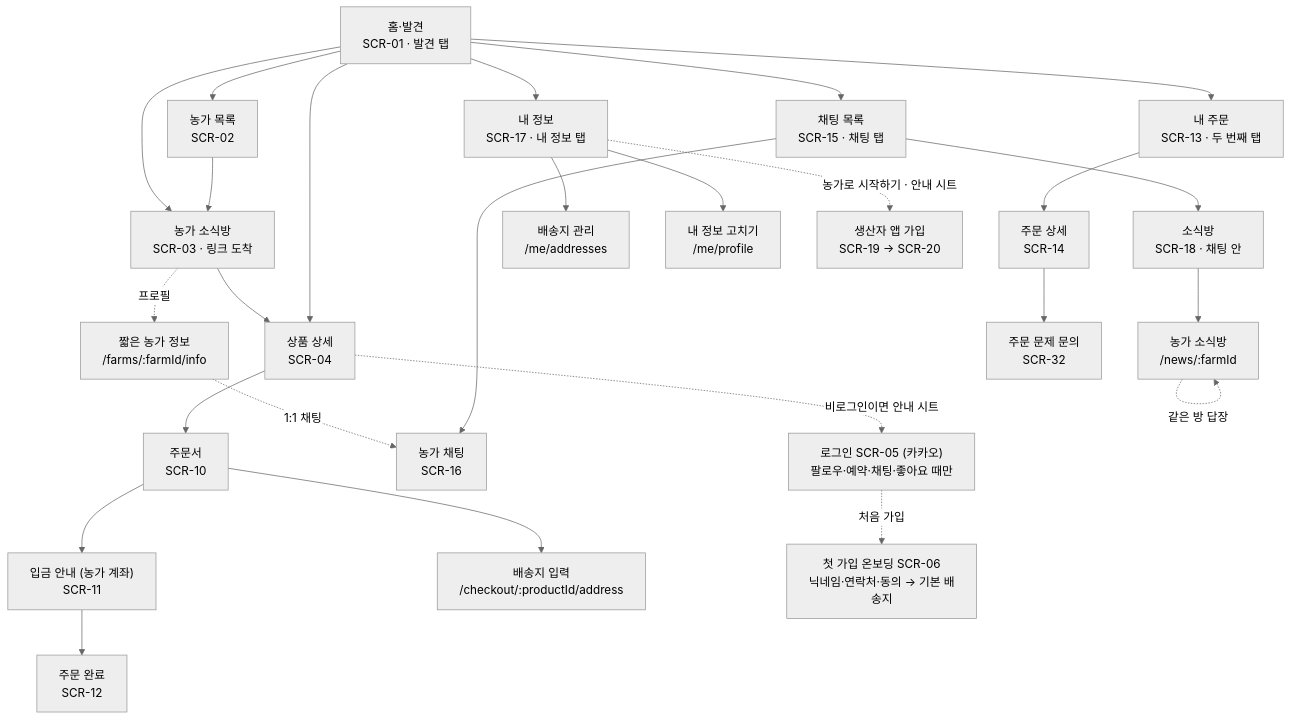
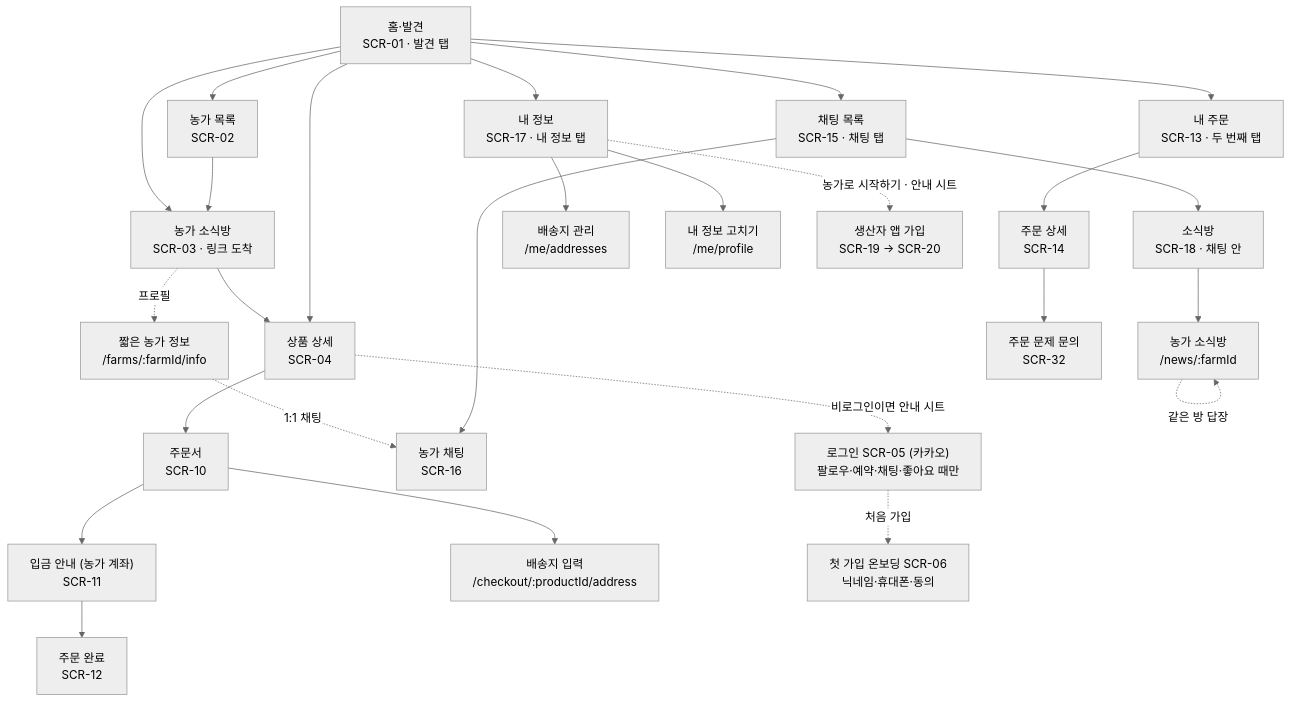
One commit to snuhcs-course/swpp-2026-project-team-06 changed the first of 4 diagrams in docs/spec/ia.md. Above: the diagram before and after it, drawn with Mermaid (neutral theme). The commit also changed other lines of this file and 6 other files, not shown here.

````diff
--- a/docs/spec/ia.md
+++ b/docs/spec/ia.md
@@ -30,29 +30,29 @@
 ```mermaid
 flowchart TD
   home["홈·발견<br/>SCR-01 · 발견 탭"]
   home --> farms["농가 목록<br/>SCR-02"]
   chats --> news["소식방<br/>SCR-18 · 채팅 안"]
   home --> chats["채팅 목록<br/>SCR-15 · 채팅 탭"]
   home --> me["내 정보<br/>SCR-17 · 내 정보 탭"]
   farms --> farm["농가 소식방<br/>SCR-03 · 링크 도착"]
   home --> farm
   home --> product
   farm --> product["상품 상세<br/>SCR-04"]
   product --> checkout["주문서<br/>SCR-10"]
   checkout --> pay["입금 안내 (농가 계좌)<br/>SCR-11"]
   pay --> done["주문 완료<br/>SCR-12"]
   chats --> chat["농가 채팅<br/>SCR-16"]
   room -. 같은 방 답장 .-> room
   farm -. 프로필 .-> info["짧은 농가 정보<br/>/farms/:farmId/info"]
   info -. 1:1 채팅 .-> chat
   home --> orders["내 주문<br/>SCR-13 · 두 번째 탭"]
   orders --> detail["주문 상세<br/>SCR-14"]
   detail --> inquiry["주문 문제 문의<br/>SCR-32"]
   news --> room["농가 소식방<br/>/news/:farmId"]
   me --> addresses["배송지 관리<br/>/me/addresses"]
   checkout --> address["배송지 입력<br/>/checkout/:productId/address"]
   product -. 비로그인이면 안내 시트 .-> login["로그인 SCR-05 (카카오)<br/>팔로우·예약·채팅·좋아요 때만"]
-  login -. 처음 가입 .-> onboarding["첫 가입 온보딩 SCR-06<br/>닉네임·연락처·동의 → 기본 배송지"]
+  login -. 처음 가입 .-> onboarding["첫 가입 온보딩 SCR-06<br/>닉네임·휴대폰·동의"]
   me --> profile["내 정보 고치기<br/>/me/profile"]
   me -. 농가로 시작하기 · 안내 시트 .-> papp["생산자 앱 가입<br/>SCR-19 → SCR-20"]
 ```
````
